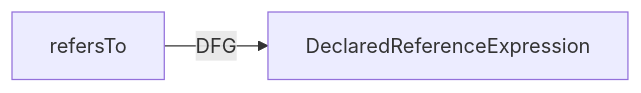
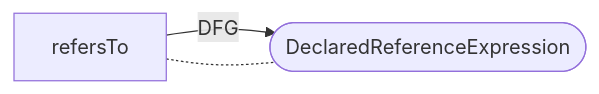
One commit to Fraunhofer-AISEC/cpg changed diagram 12 of 28 in cpg-core/specifications/dfg.md. Above: the diagram before and after it, drawn with Mermaid. The commit also changed other lines of this file, not shown here.

````diff
--- a/cpg-core/specifications/dfg.md
+++ b/cpg-core/specifications/dfg.md
@@ -178,4 +186,5 @@
   ```mermaid
   flowchart LR
-    refersTo -- DFG --> DeclaredReferenceExpression;
+    refersTo -- DFG --> node([DeclaredReferenceExpression]);
+    refersTo -.- node;
   ```
````
